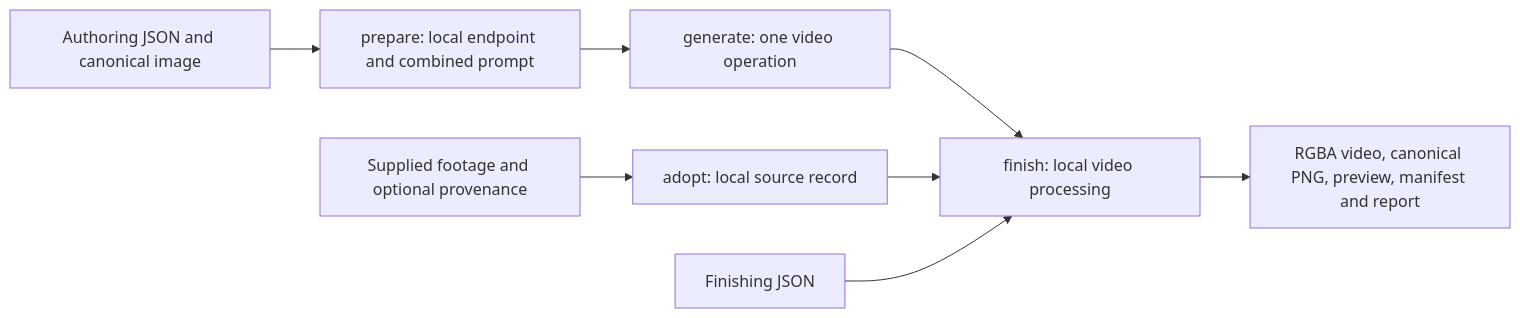
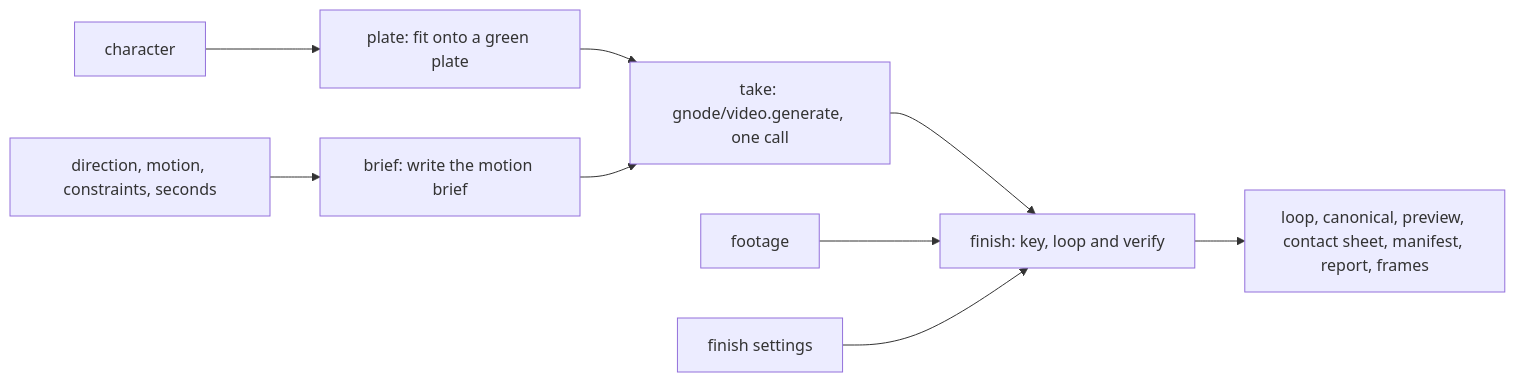
One commit to softmarshmallow/stage-gen changed the diagram in src/stage_gen/workflows/movie_sprite/contract.md. Above: the diagram before and after it, drawn with Mermaid. The commit also changed other lines of this file and 82 other files, not shown here.

First line of the commit message:
Port movie-sprite to a workflow file with a long-job video take

````diff
--- a/src/stage_gen/workflows/movie_sprite/contract.md
+++ b/src/stage_gen/workflows/movie_sprite/contract.md
@@ -20,10 +16,11 @@
 ```mermaid
 flowchart LR
-  A[Authoring JSON and canonical image] --> P[prepare: local endpoint and combined prompt]
-  P --> G[generate: one video operation]
-  G --> F[finish: local video processing]
-  S[Supplied footage and optional provenance] --> D[adopt: local source record]
-  D --> F
-  C[Finishing JSON] --> F
-  F --> O[RGBA video, canonical PNG, preview, manifest and report]
+  C[character] --> P[plate: fit onto a green plate]
+  A[direction, motion, constraints, seconds] --> B[brief: write the motion brief]
+  P --> T[take: gnode/video.generate, one call]
+  B --> T
+  T --> F[finish: key, loop and verify]
+  S[footage] --> F
+  J[finish settings] --> F
+  F --> O[loop, canonical, preview, contact sheet, manifest, report, frames]
 ```
````
